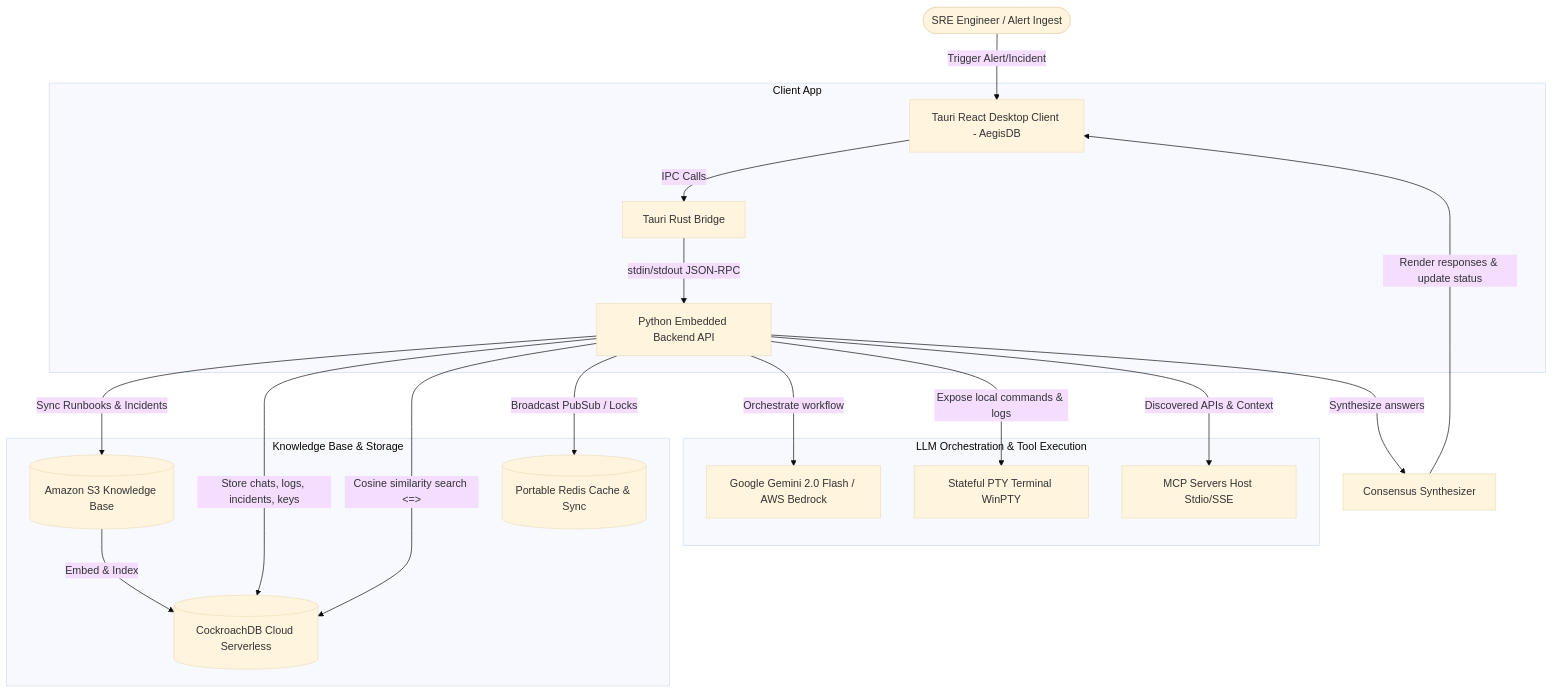
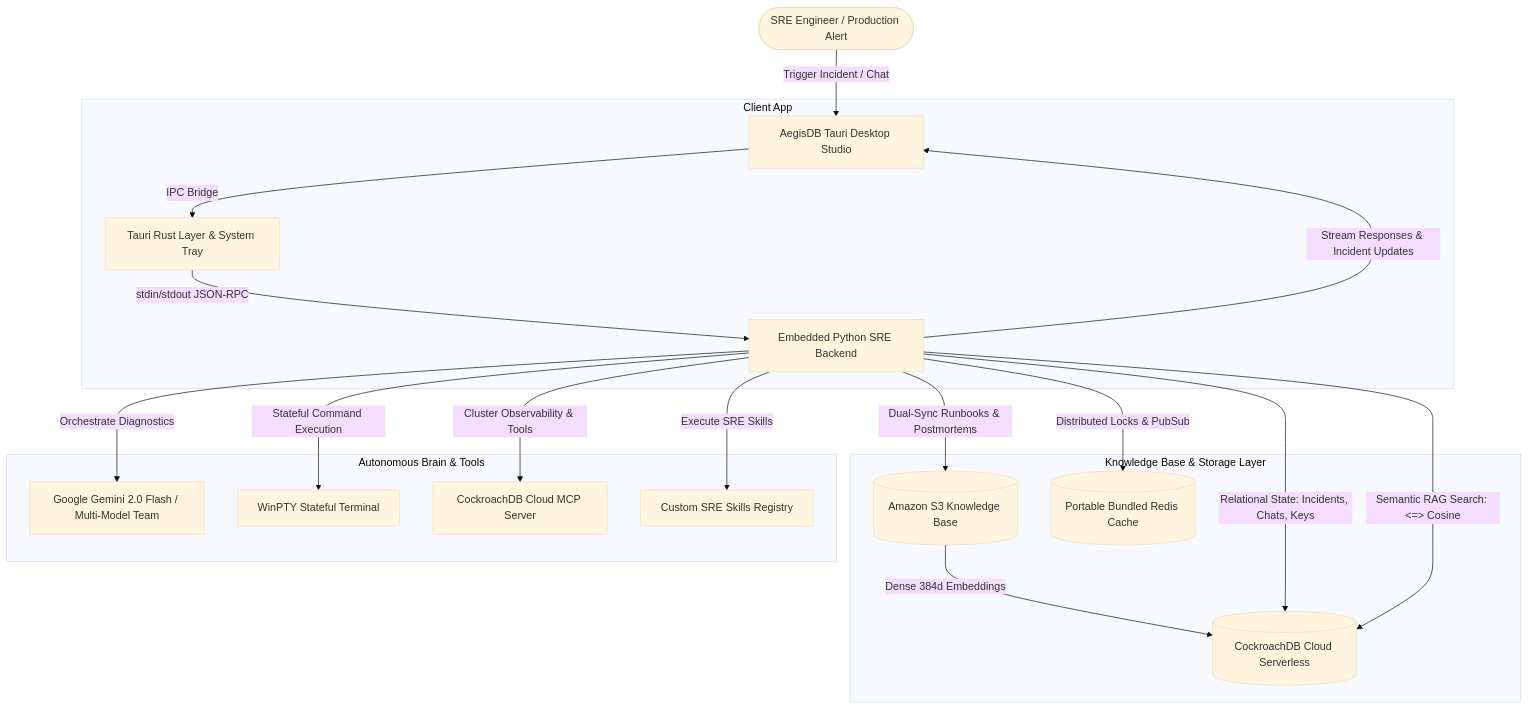
The diagram in README.md (Arthur-101/CockroachDB), drawn with Mermaid (base theme) before and after one commit. The commit also changed other lines of this file, not shown here.

Commit message:
docs(readme): polish README with AegisDB architecture, CockroachDB pgvector & Amazon S3 showcase

````diff
--- a/README.md
+++ b/README.md
@@ -60,26 +40,26 @@
 ```mermaid
 graph TD
-    User([SRE Engineer / Alert Ingest]) -->|Trigger Alert/Incident| UI[Tauri React Desktop Client - AegisDB]
+    User([SRE Engineer / Production Alert]) -->|Trigger Incident / Chat| UI[AegisDB Tauri Desktop Studio]
     
     subgraph Client App
-        UI -->|IPC Calls| Rust[Tauri Rust Bridge]
-        Rust -->|stdin/stdout JSON-RPC| PyAPI[Python Embedded Backend API]
+        UI -->|IPC Bridge| Rust[Tauri Rust Layer & System Tray]
+        Rust -->|stdin/stdout JSON-RPC| PyAPI[Embedded Python SRE Backend]
     end
 
-    subgraph Knowledge Base & Storage
-        PyAPI -->|Sync Runbooks & Incidents| S3[(Amazon S3 Knowledge Base)]
-        S3 -->|Embed & Index| CRDB[(CockroachDB Cloud Serverless)]
-        PyAPI -->|Store chats, logs, incidents, keys| CRDB
-        PyAPI -->|Cosine similarity search <=>| CRDB
-        PyAPI -->|Broadcast PubSub / Locks| Redis[(Portable Redis Cache & Sync)]
+    subgraph Knowledge Base & Storage Layer
+        PyAPI -->|Dual-Sync Runbooks & Postmortems| S3[(Amazon S3 Knowledge Base)]
+        S3 -->|Dense 384d Embeddings| CRDB[(CockroachDB Cloud Serverless)]
+        PyAPI -->|Relational State: Incidents, Chats, Keys| CRDB
+        PyAPI -->|Semantic RAG Search: <=> Cosine| CRDB
+        PyAPI -->|Distributed Locks & PubSub| Redis[(Portable Bundled Redis Cache)]
     end
 
-    subgraph LLM Orchestration & Tool Execution
-        PyAPI -->|Orchestrate workflow| Brain[Google Gemini 2.0 Flash / AWS Bedrock]
-        PyAPI -->|Expose local commands & logs| Terminal[Stateful PTY Terminal WinPTY]
-        PyAPI -->|Discovered APIs & Context| MCP[MCP Servers Host Stdio/SSE]
+    subgraph Autonomous Brain & Tools
+        PyAPI -->|Orchestrate Diagnostics| LLM[Google Gemini 2.0 Flash / Multi-Model Team]
+        PyAPI -->|Stateful Command Execution| Terminal[WinPTY Stateful Terminal]
+        PyAPI -->|Cluster Observability & Tools| MCP[CockroachDB Cloud MCP Server]
+        PyAPI -->|Execute SRE Skills| Skills[Custom SRE Skills Registry]
     end
     
-    PyAPI -->|Synthesize answers| Synthesizer[Consensus Synthesizer]
-    Synthesizer -->|Render responses & update status| UI
+    PyAPI -->|Stream Responses & Incident Updates| UI
 ```
````
